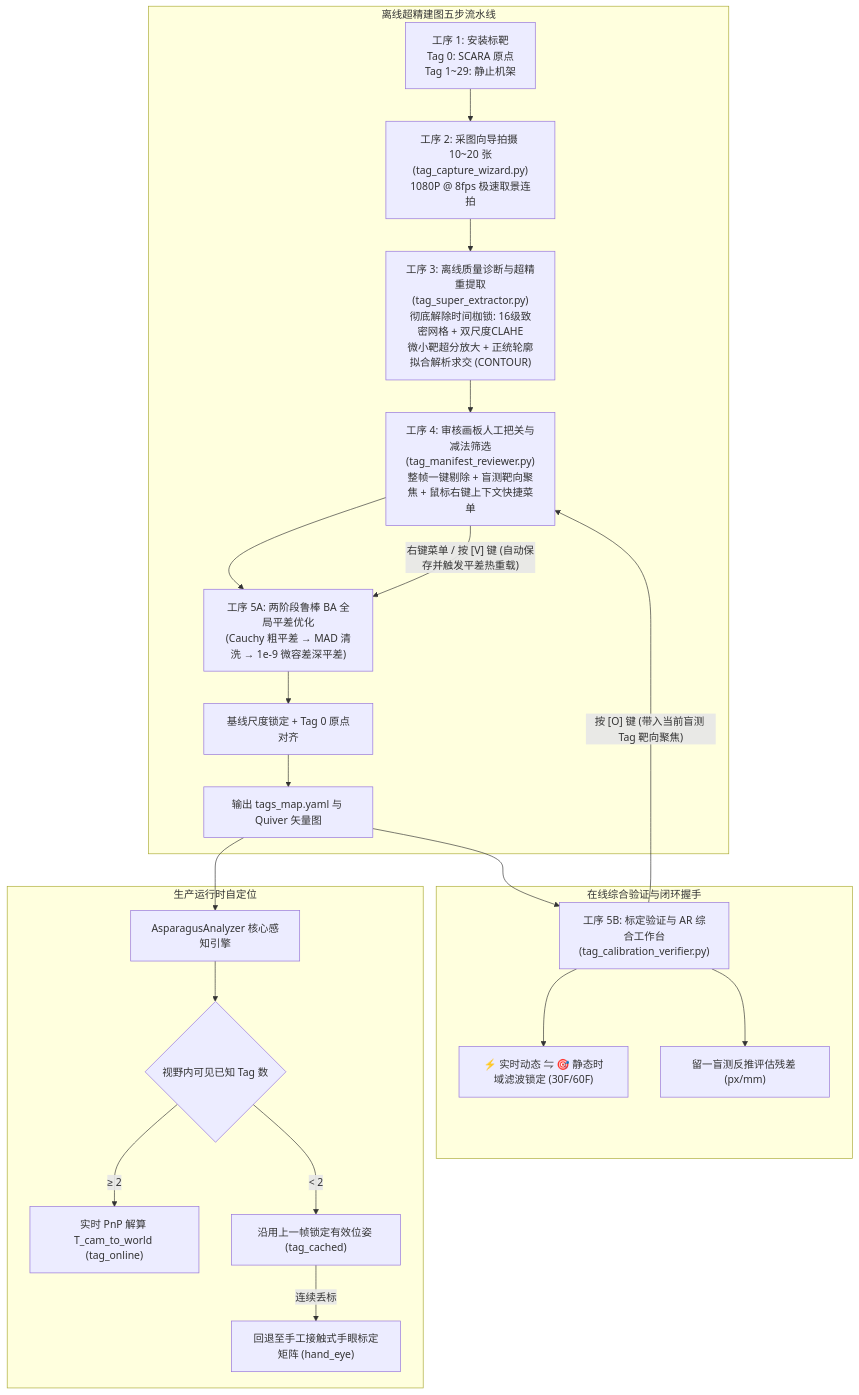
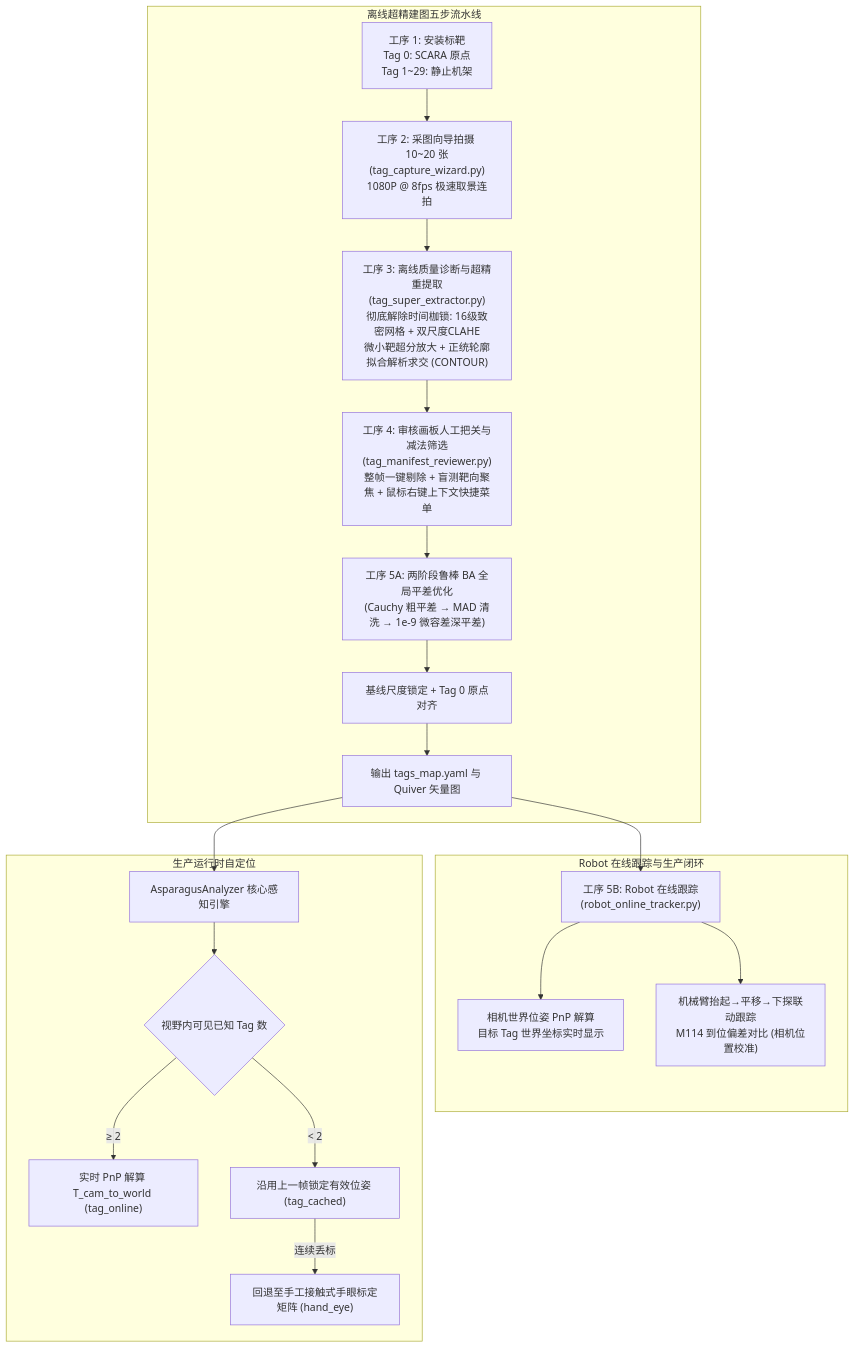
One commit to voicevon/flux_vision_3d changed the diagram in docs/apriltag_calibration.md. Above: the diagram before and after it, drawn with Mermaid. The commit also changed other lines of this file and 21 other files, not shown here.

Commit message:
tag  tracker

````diff
--- a/docs/apriltag_calibration.md
+++ b/docs/apriltag_calibration.md
@@ -103,27 +103,25 @@
 ```mermaid
 graph TD
     subgraph 离线超精建图五步流水线
         A["工序 1: 安装标靶<br>Tag 0: SCARA 原点<br>Tag 1~29: 静止机架"] --> B["工序 2: 采图向导拍摄 10~20 张<br>(tag_capture_wizard.py)<br>1080P @ 8fps 极速取景连拍"]
         B --> C["工序 3: 离线质量诊断与超精重提取<br>(tag_super_extractor.py)<br>彻底解除时间枷锁: 16级致密网格 + 双尺度CLAHE<br>微小靶超分放大 + 正统轮廓拟合解析求交 (CONTOUR)"]
         C --> D["工序 4: 审核画板人工把关与减法筛选<br>(tag_manifest_reviewer.py)<br>整帧一键剔除 + 盲测靶向聚焦 + 鼠标右键上下文快捷菜单"]
         D --> E["工序 5A: 两阶段鲁棒 BA 全局平差优化<br>(Cauchy 粗平差 → MAD 清洗 → 1e-9 微容差深平差)"]
         E --> F["基线尺度锁定 + Tag 0 原点对齐"]
         F --> G["输出 tags_map.yaml 与 Quiver 矢量图"]
     end
 
-    subgraph 在线综合验证与闭环握手
-        G --> H["工序 5B: 标定验证与 AR 综合工作台<br>(tag_calibration_verifier.py)"]
-        H --> I["⚡ 实时动态 ⇋ 🎯 静态时域滤波锁定 (30F/60F)"]
-        H --> J["留一盲测反推评估残差 (px/mm)"]
-        H -- "按 [O] 键 (带入当前盲测 Tag 靶向聚焦)" --> D
-        D -- "右键菜单 / 按 [V] 键 (自动保存并触发平差热重载)" --> E
+    subgraph Robot 在线跟踪与生产闭环
+        G --> H["工序 5B: Robot 在线跟踪<br>(robot_online_tracker.py)"]
+        H --> I["相机世界位姿 PnP 解算<br>目标 Tag 世界坐标实时显示"]
+        H --> J["机械臂抬起→平移→下探联动跟踪<br>M114 到位偏差对比 (相机位置校准)"]
     end
 
     subgraph 生产运行时自定位
         G --> M["AsparagusAnalyzer 核心感知引擎"]
         M --> N{"视野内可见已知 Tag 数"}
         N -- "≥ 2" --> O["实时 PnP 解算 T_cam_to_world (tag_online)"]
         N -- "< 2" --> P["沿用上一帧锁定有效位姿 (tag_cached)"]
         P -- "连续丢标" --> Q["回退至手工接触式手眼标定矩阵 (hand_eye)"]
     end
 ```
````
